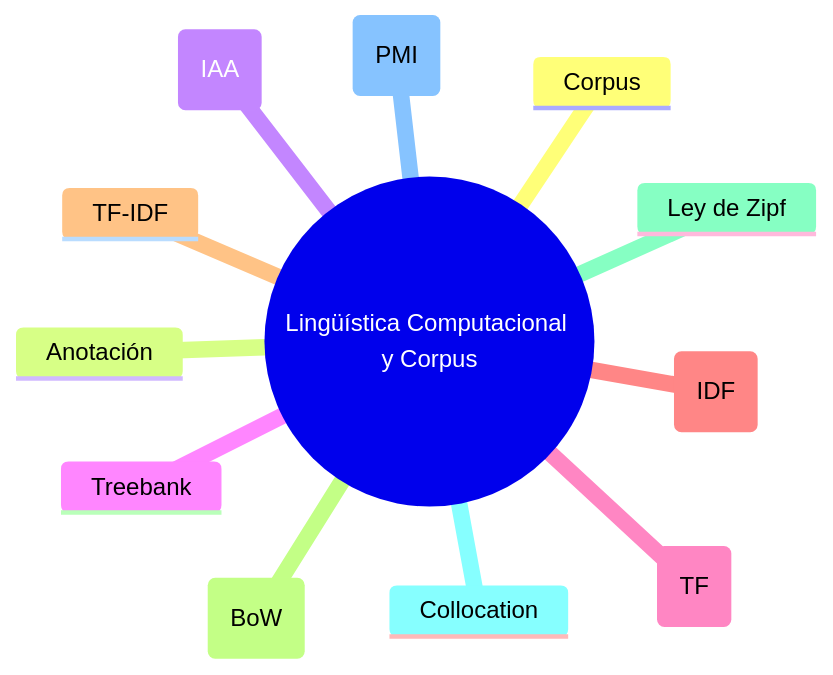
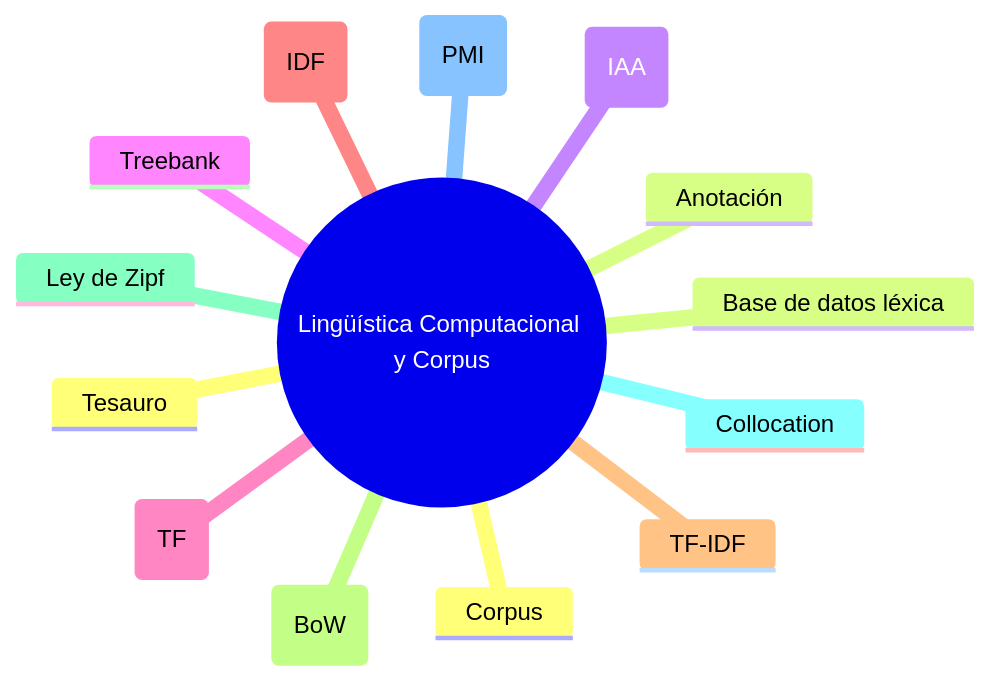
Diagram 11 of 27 in src/src/data/blog/2026/04/es/glosario-linguistica-nlp.mdx (rgglez/rgglez-website), drawn with Mermaid before and after one commit. The commit also changed other lines of this file and 25 other files, not shown here.

Commit message:
Mermaid improvements

````diff
--- a/src/src/data/blog/2026/04/es/glosario-linguistica-nlp.mdx
+++ b/src/src/data/blog/2026/04/es/glosario-linguistica-nlp.mdx
@@ -1222,15 +1513,17 @@
 ```mermaid
 mindmap
   root((Lingüística Computacional y Corpus))
     Corpus
     Anotación
     Inter-Annotator Agreement (IAA)
     Treebank
     Term Frequency (TF)
     Inverse Document Frequency (IDF)
     TF-IDF
     Bag of Words (BoW)
     Ley de Zipf
     Collocation
     Pointwise Mutual Information (PMI)
+    Tesauro
+    Base de datos léxica
 ```
````
